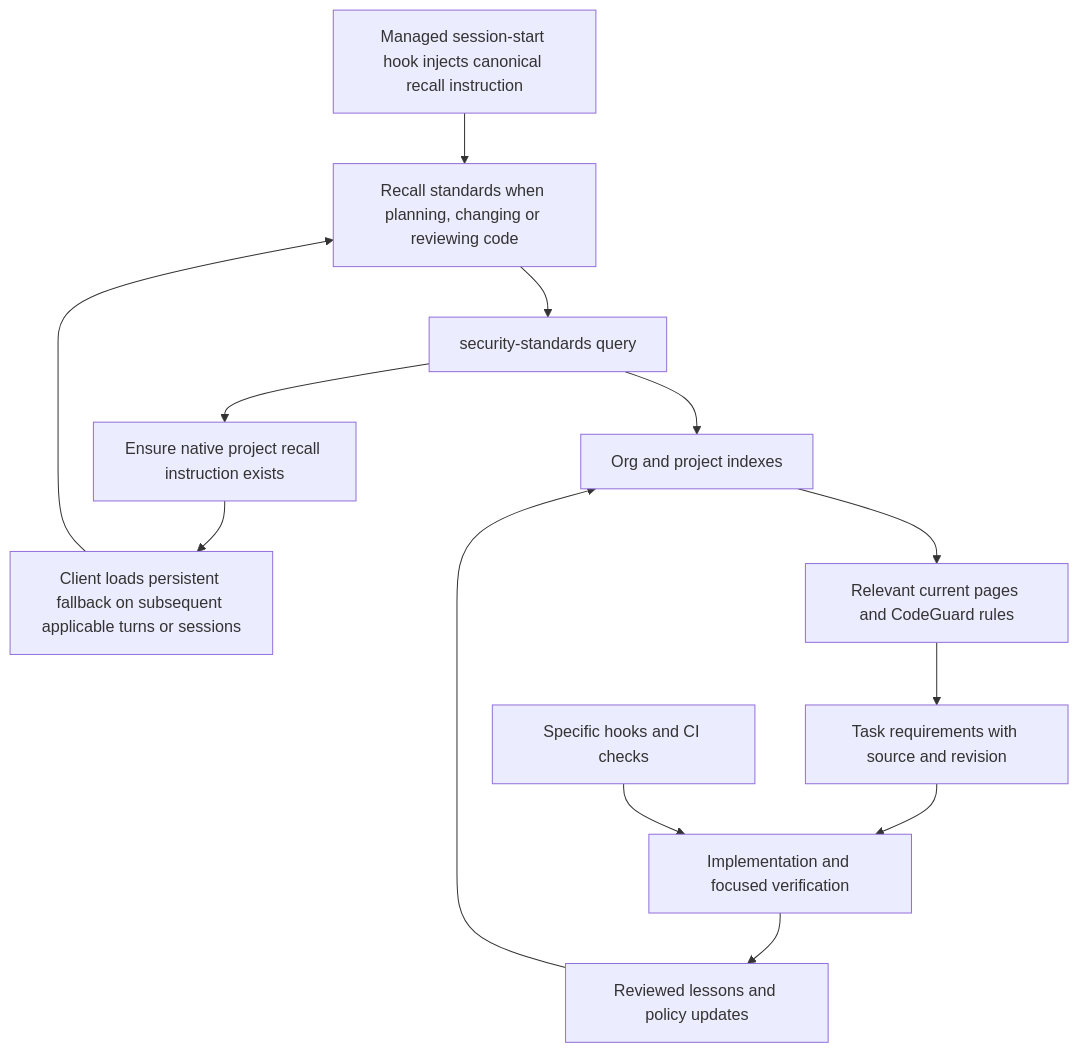
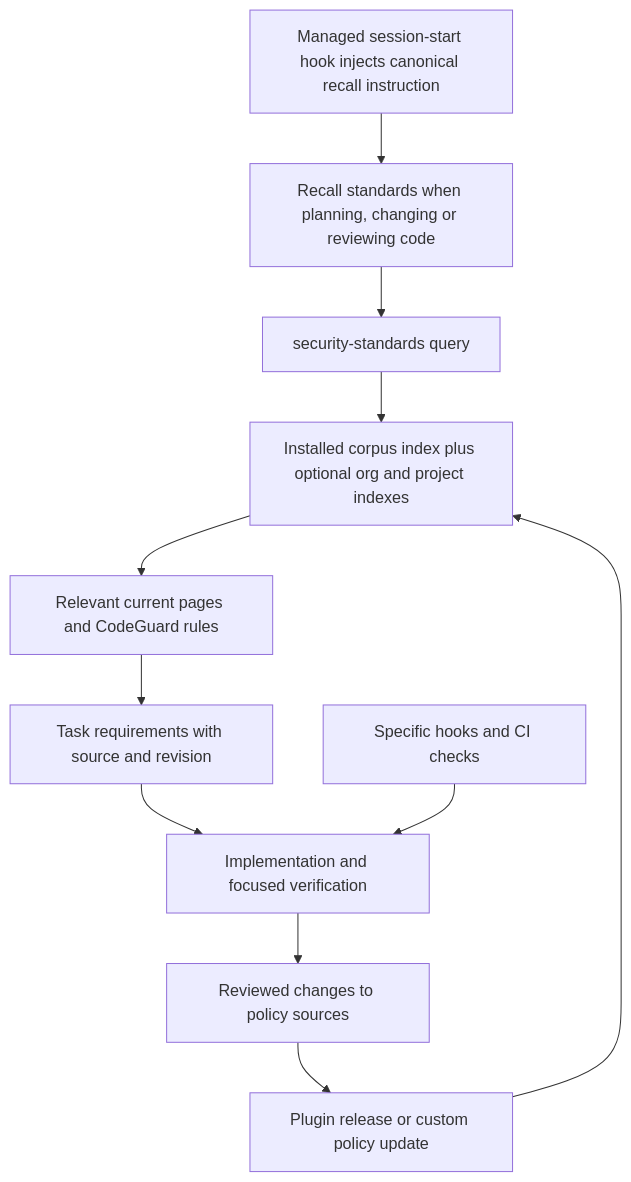
The diagram in docs/audits/security-standards-objective-review-2026-09-18.md (wtcooper/ai-security-sdlc), drawn with Mermaid before and after one commit. The commit also changed other lines of this file and 28 other files, not shown here.

Commit message:
Add session-start standards recall and read-only corpus retrieval

````diff
--- a/docs/audits/security-standards-objective-review-2026-09-18.md
+++ b/docs/audits/security-standards-objective-review-2026-09-18.md
@@ -161,15 +161,13 @@
 ```mermaid
 flowchart TD
     A[Managed session-start hook injects canonical recall instruction] --> B[Recall standards when planning, changing or reviewing code]
     B --> C[security-standards query]
-    C --> K[Ensure native project recall instruction exists]
-    K --> L[Client loads persistent fallback on subsequent applicable turns or sessions]
-    L --> B
-    C --> D[Org and project indexes]
+    C --> D[Installed corpus index plus optional org and project indexes]
     D --> E[Relevant current pages and CodeGuard rules]
     E --> F[Task requirements with source and revision]
     F --> G[Implementation and focused verification]
-    G --> H[Reviewed lessons and policy updates]
-    H --> D
+    G --> H[Reviewed changes to policy sources]
+    H --> I[Plugin release or custom policy update]
+    I --> D
     J[Specific hooks and CI checks] --> G
 ```
````
